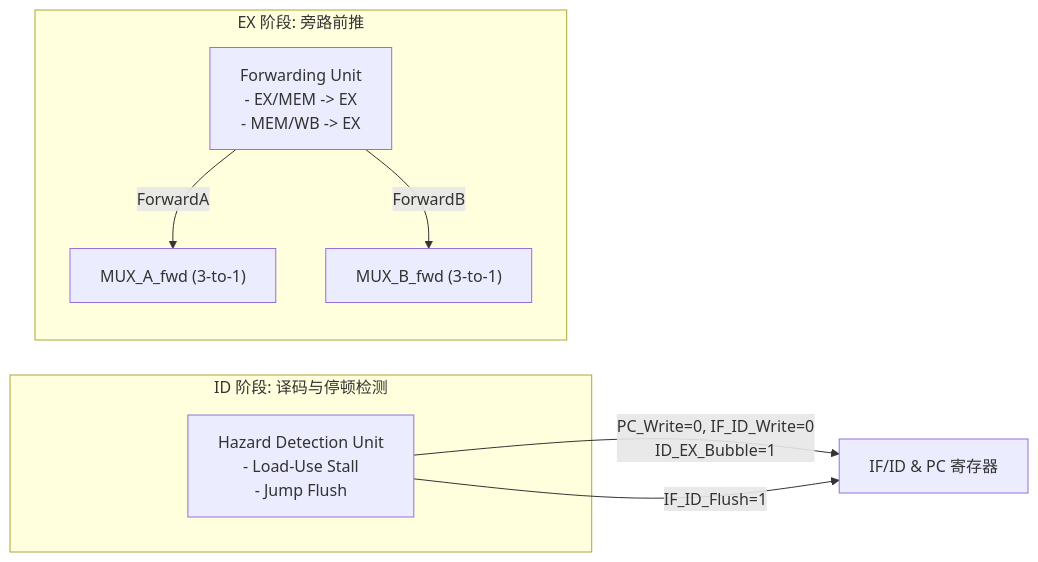
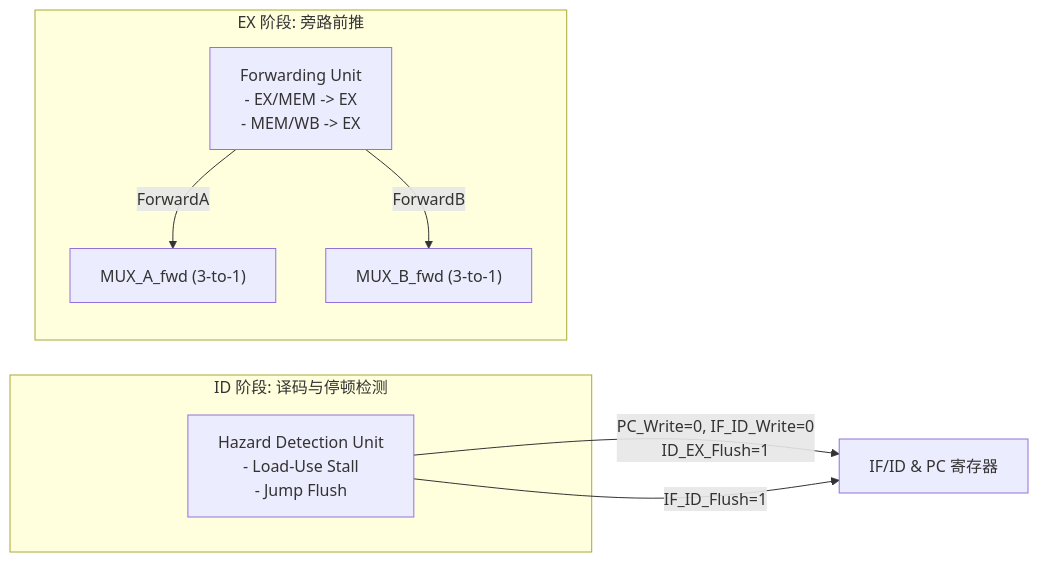
Before and after one commit to Antigone204/16bit-risc-pipelined-cpu: the diagram in README.md, drawn with Mermaid. The commit also changed other lines of this file and 4 other files, not shown here.

````diff
--- a/README.md
+++ b/README.md
@@ -87,17 +102,17 @@
 ```mermaid
 flowchart LR
     subgraph ID_Stage ["ID 阶段: 译码与停顿检测"]
         HDU["Hazard Detection Unit<br/>- Load-Use Stall<br/>- Jump Flush"]
     end
 
     subgraph EX_Stage ["EX 阶段: 旁路前推"]
         FU["Forwarding Unit<br/>- EX/MEM -> EX<br/>- MEM/WB -> EX"]
         MuxA["MUX_A_fwd (3-to-1)"]
         MuxB["MUX_B_fwd (3-to-1)"]
     end
 
-    HDU -- "PC_Write=0, IF_ID_Write=0<br/>ID_EX_Bubble=1" --> IF_ID_Reg["IF/ID & PC 寄存器"]
+    HDU -- "PC_Write=0, IF_ID_Write=0<br/>ID_EX_Flush=1" --> IF_ID_Reg["IF/ID & PC 寄存器"]
     HDU -- "IF_ID_Flush=1" --> IF_ID_Reg
     FU -- "ForwardA" --> MuxA
     FU -- "ForwardB" --> MuxB
 ```
````
